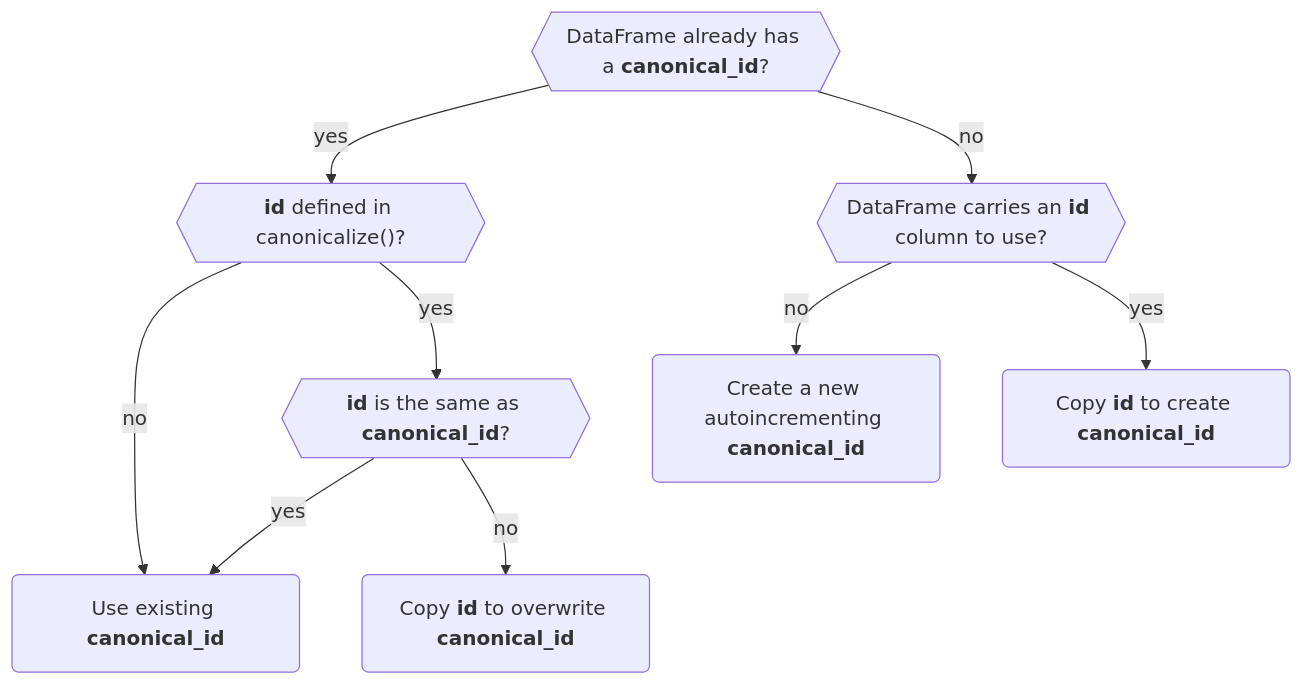
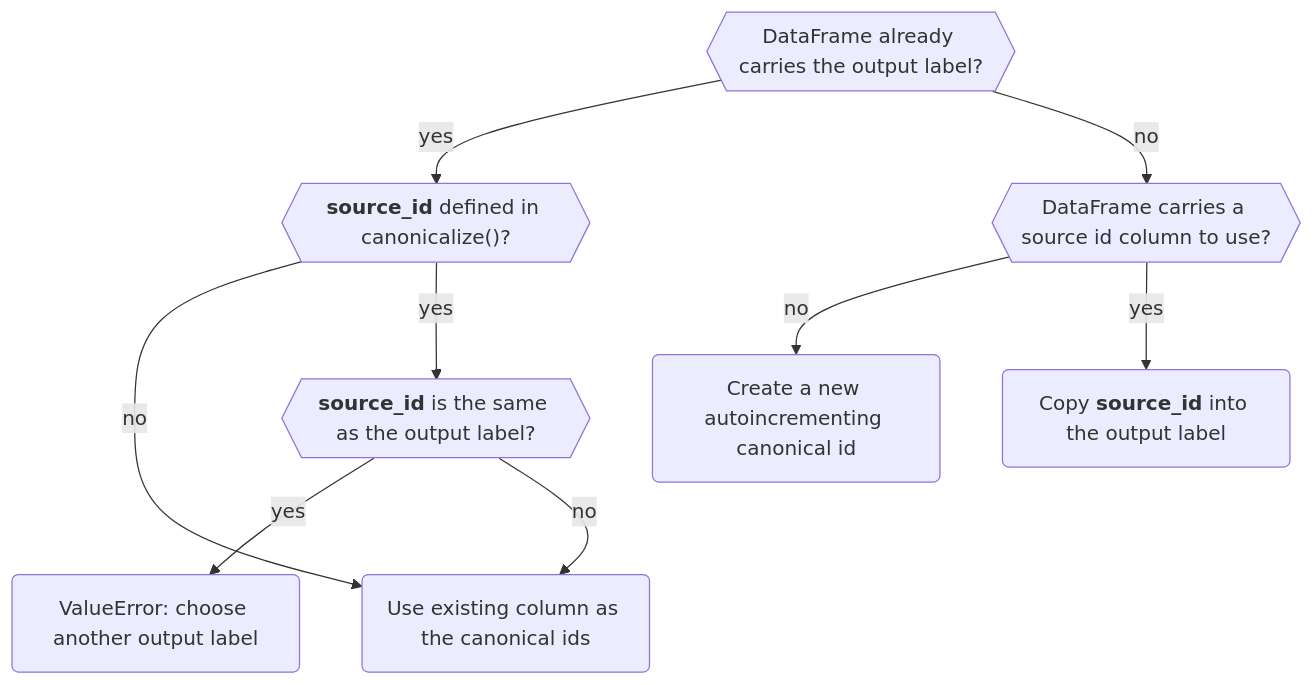
Before and after one commit to VictorAut/liken: the diagram in docs/in-practice/iterative-workloads.md, drawn with Mermaid. The commit also changed other lines of this file and 4 other files, not shown here.

Commit message:
docs: source_id and canonical_id parameter docs

````diff
--- a/docs/in-practice/iterative-workloads.md
+++ b/docs/in-practice/iterative-workloads.md
@@ -71,25 +73,25 @@
 ``` mermaid
 flowchart TD
 
-    df{{"`DataFrame already has a **canonical_id**?`"}}
-    id1{{"`**id** defined in canonicalize()?`"}}
-    id2{{"`DataFrame carries an **id** column to use?`"}}
-    idiscanonical{{"`**id** is the same as **canonical_id**?`"}}
+    df{{"`DataFrame already carries the output label?`"}}
+    src1{{"`**source_id** defined in canonicalize()?`"}}
+    src2{{"`DataFrame carries a source id column to use?`"}}
+    srceqlabel{{"`**source_id** is the same as the output label?`"}}
 
-    autoincrement("`Create a new autoincrementing **canonical_id**`")
-    copy("`Copy **id** to create **canonical_id**`")
-    overwrite("`Copy **id** to overwrite **canonical_id**`")
-    existing("`Use existing **canonical_id**`")
+    reject("`ValueError: choose another output label`")
+    existing("`Use existing column as the canonical ids`")
+    copycol("`Copy **source_id** into the output label`")
+    autoincrement("`Create a new autoincrementing canonical id`")
 
-    df-- yes -->id1
-    df-- no -->id2
+    df-- yes -->src1
+    df-- no -->src2
 
-    id1-- no -->existing
-    id1-- yes -->idiscanonical
+    src1-- no -->existing
+    src1-- yes -->srceqlabel
 
-    idiscanonical-- yes -->existing
-    idiscanonical-- no -->overwrite
+    srceqlabel-- yes -->reject
+    srceqlabel-- no -->existing
 
-    id2-- no -->autoincrement
-    id2-- yes -->copy
+    src2-- no -->autoincrement
+    src2-- yes -->copycol
 ```
````
